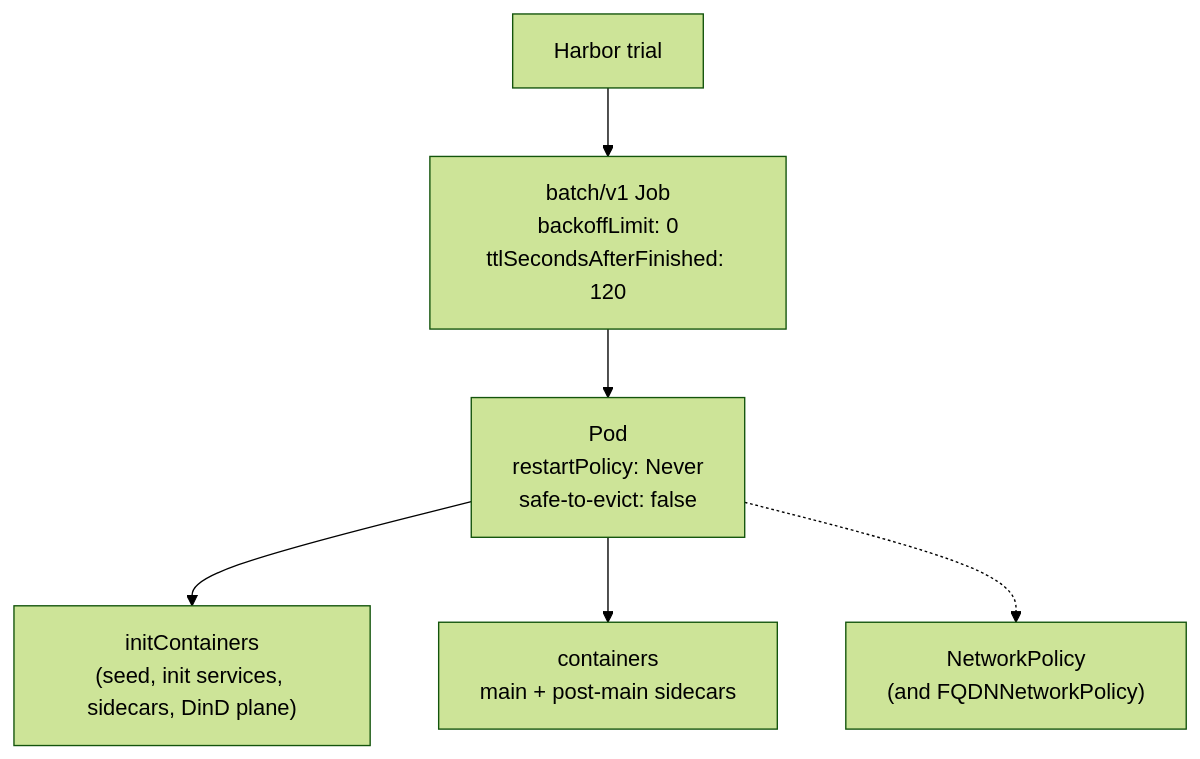
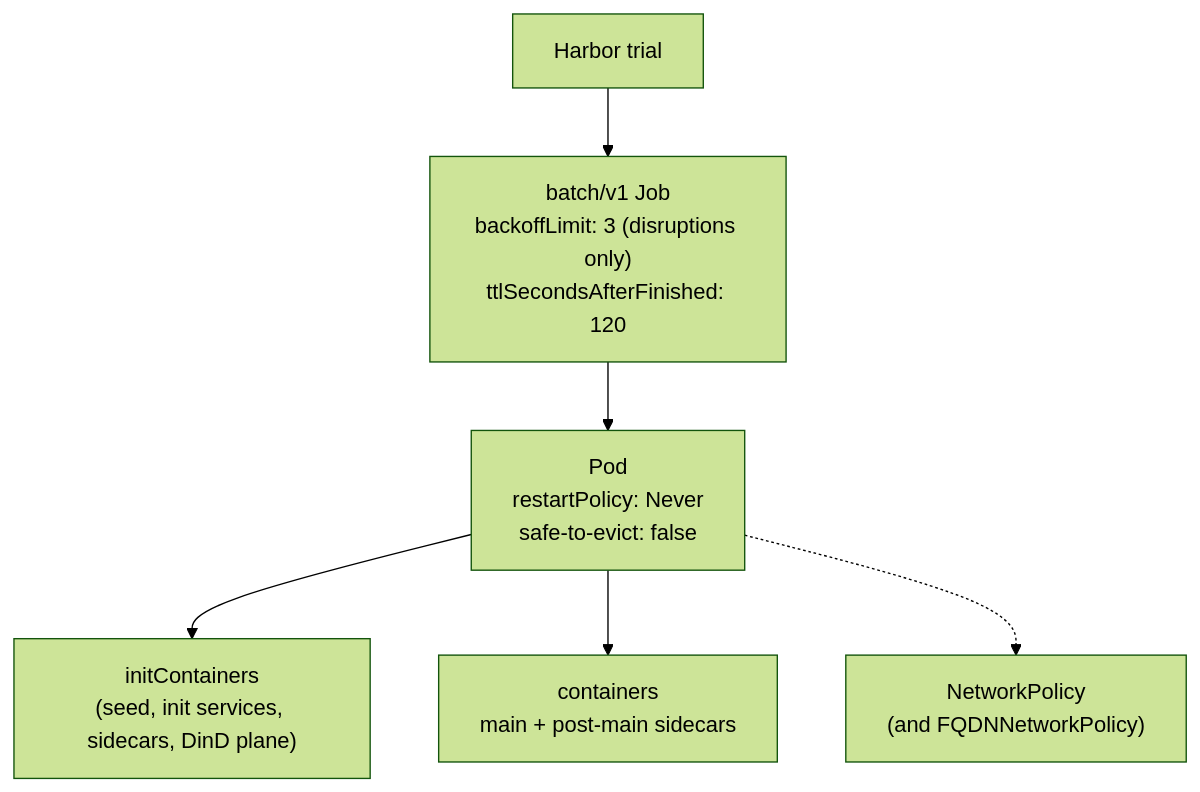
Before and after one commit to vladkol/harbor-gke-ext: the first of 2 diagrams in docs/architecture.md, drawn with Mermaid (forest theme). The commit also changed other lines of this file and 40 other files, not shown here.

````diff
--- a/docs/architecture.md
+++ b/docs/architecture.md
@@ -44,8 +44,8 @@
 ```mermaid
 graph TD
-  T["Harbor trial"] --> J["batch/v1 Job<br/>backoffLimit: 0<br/>ttlSecondsAfterFinished: 120"]
+  T["Harbor trial"] --> J["batch/v1 Job<br/>backoffLimit: 3 (disruptions only)<br/>ttlSecondsAfterFinished: 120"]
   J --> P["Pod<br/>restartPolicy: Never<br/>safe-to-evict: false"]
   P --> I["initContainers<br/>(seed, init services, sidecars, DinD plane)"]
   P --> M["containers<br/>main + post-main sidecars"]
   P -.-> N["NetworkPolicy<br/>(and FQDNNetworkPolicy)"]
 ```
````
